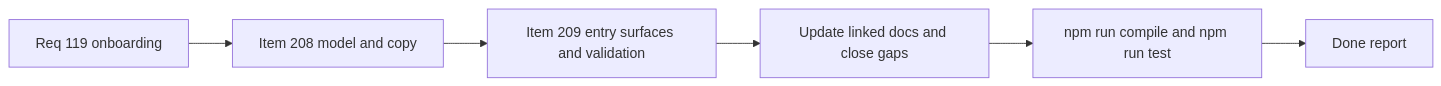
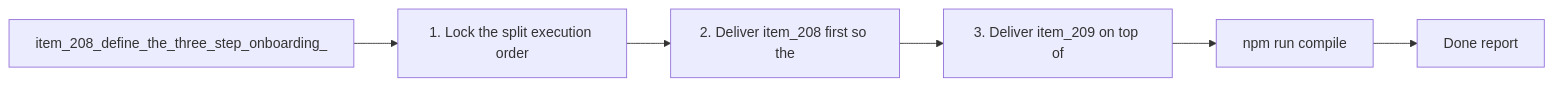
Before and after one commit to AlexAgo83/logics-manager: the diagram in logics/tasks/task_109_orchestration_delivery_for_req_119_three_step_onboarding.md, drawn with Mermaid. The commit also changed other lines of this file and 481 other files, not shown here.

````diff
--- a/logics/tasks/task_109_orchestration_delivery_for_req_119_three_step_onboarding.md
+++ b/logics/tasks/task_109_orchestration_delivery_for_req_119_three_step_onboarding.md
@@ -28,10 +28,10 @@
 ```mermaid
 %% logics-kind: task
 %% logics-signature: task|orchestration-delivery-for-req-119-three|item-208-define-the-three-step-onboardin|1-lock-the-split-execution-order|npm-run-compile
 flowchart LR
-    Umbrella[Req 119 onboarding] --> Step1[Item 208 model and copy]
-    Step1 --> Step2[Item 209 entry surfaces and validation]
-    Step2 --> Step3[Update linked docs and close gaps]
-    Step3 --> Validation[npm run compile and npm run test]
+    Backlog[item_208_define_the_three_step_onboarding_] --> Step1[1. Lock the split execution order]
+    Step1 --> Step2[2. Deliver item_208 first so the]
+    Step2 --> Step3[3. Deliver item_209 on top of]
+    Step3 --> Validation[npm run compile]
     Validation --> Report[Done report]
 ```
````
